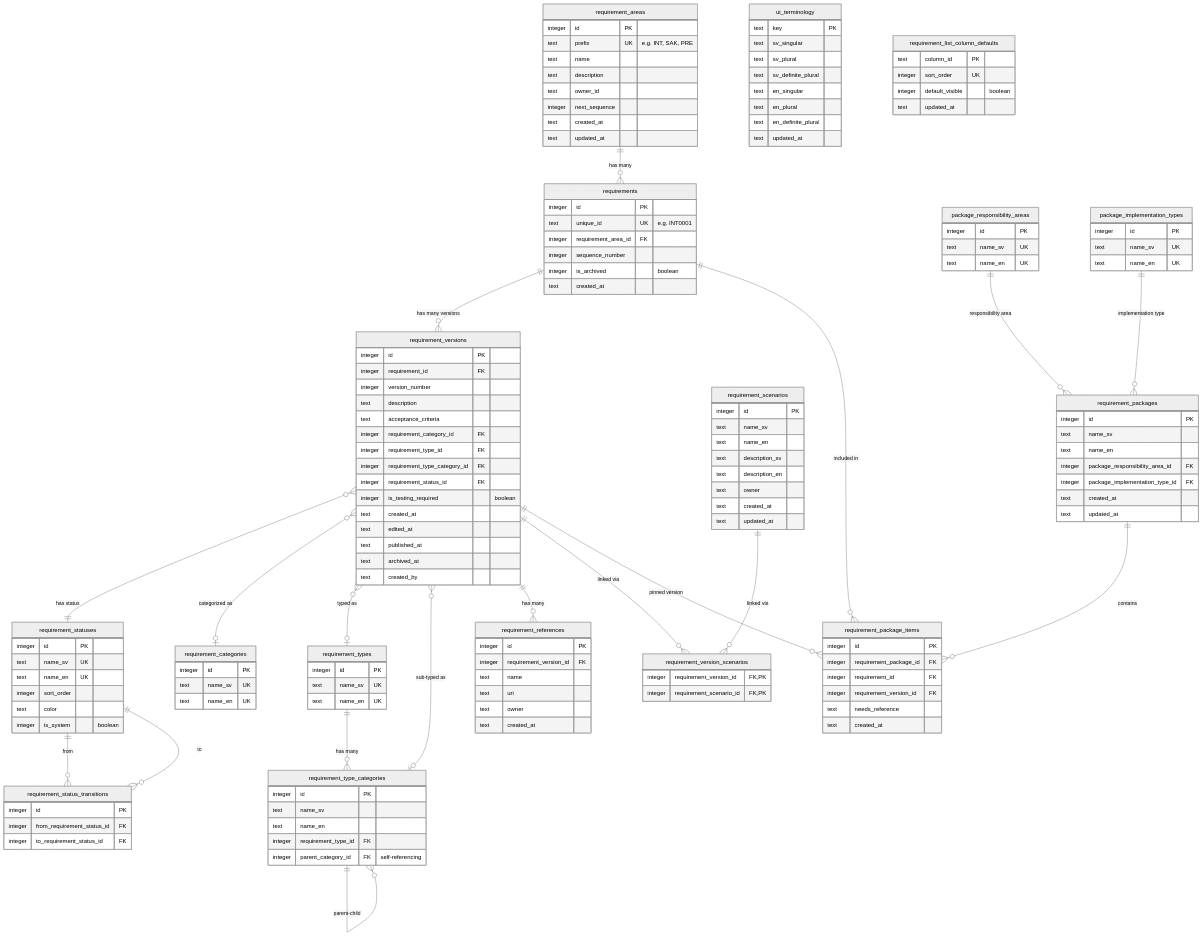
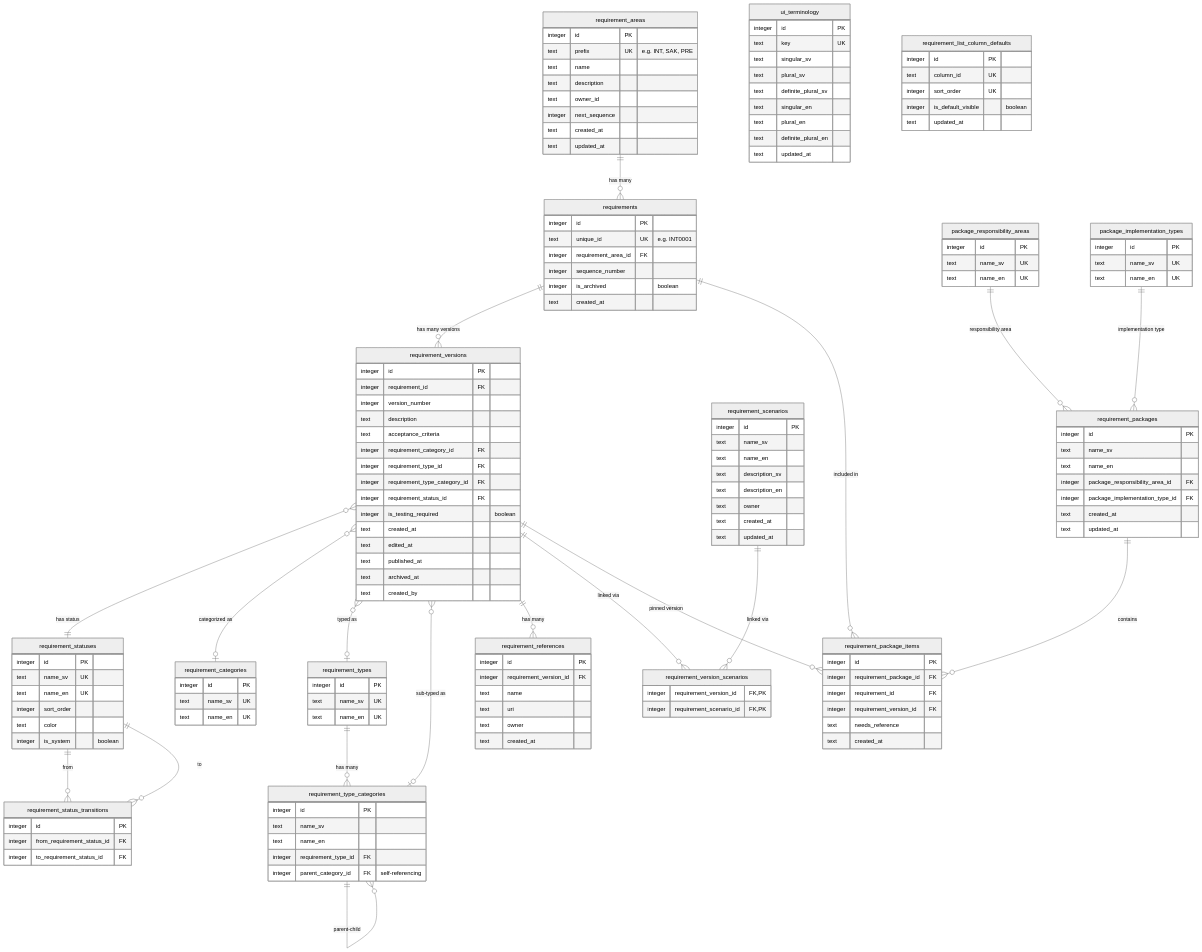
The first of 2 diagrams in docs/database-schema.md (viscalyx/Kravhantering), drawn with Mermaid (neutral theme) before and after one commit. The commit also changed other lines of this file and 8 other files, not shown here.

Commit message:
feat: update database schema and UI terminology handling for requirement list columns

```diff
--- a/docs/database-schema.md
+++ b/docs/database-schema.md
@@ -137,20 +137,22 @@
     }
 
     ui_terminology {
-        text key PK
-        text sv_singular
-        text sv_plural
-        text sv_definite_plural
-        text en_singular
-        text en_plural
-        text en_definite_plural
+        integer id PK
+        text key UK
+        text singular_sv
+        text plural_sv
+        text definite_plural_sv
+        text singular_en
+        text plural_en
+        text definite_plural_en
         text updated_at
     }
 
     requirement_list_column_defaults {
-        text column_id PK
+        integer id PK
+        text column_id UK
         integer sort_order UK
-        integer default_visible "boolean"
+        integer is_default_visible "boolean"
         text updated_at
     }
 
```
